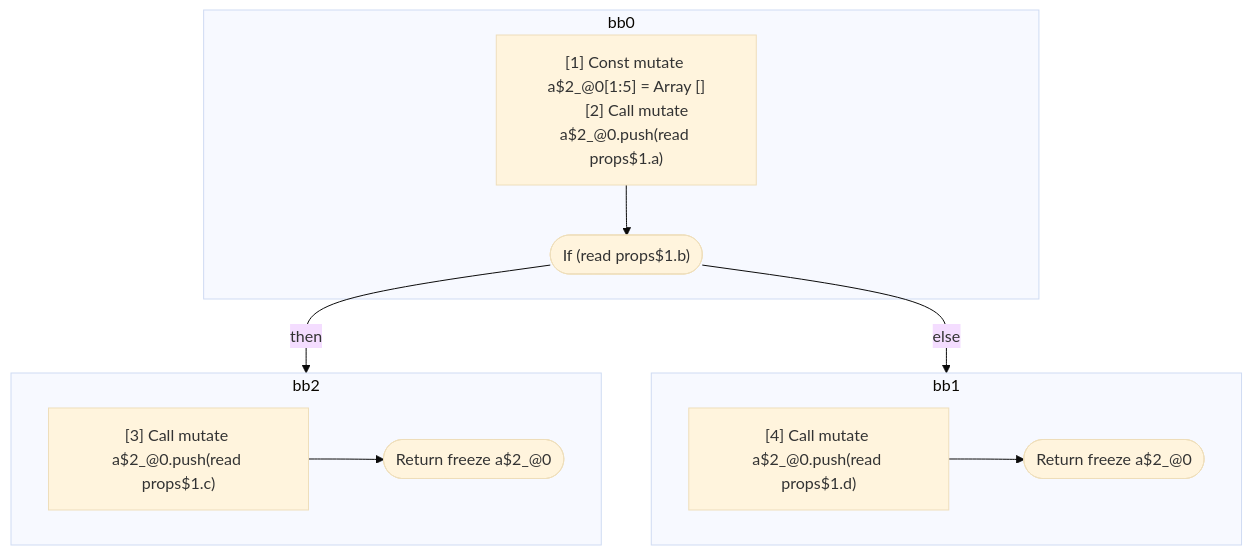
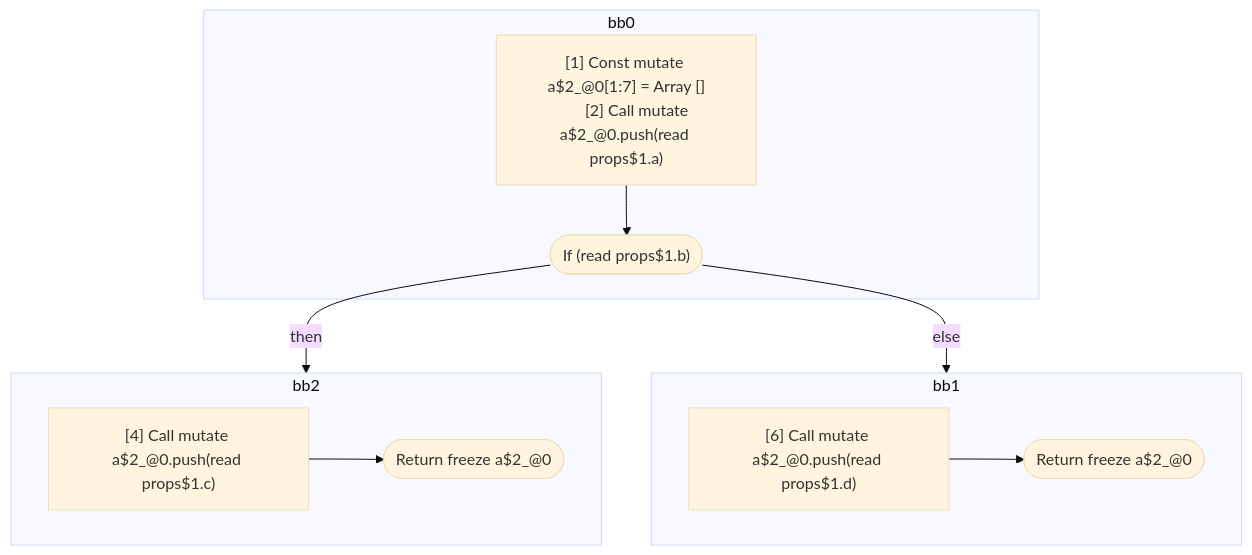
The fourth of 5 diagrams in compiler/forget/src/__tests__/fixtures/hir/conditional-break.expect.md (wutsmog/private), drawn with Mermaid (base theme) before and after one commit. The commit also changed other lines of this file and 61 other files, not shown here.

````diff
--- a/compiler/forget/src/__tests__/fixtures/hir/conditional-break.expect.md
+++ b/compiler/forget/src/__tests__/fixtures/hir/conditional-break.expect.md
@@ -289,28 +289,28 @@
 ```mermaid
 flowchart TB
   %% Basic Blocks
   subgraph bb0
     bb0_instrs["
-      [1] Const mutate a$2_@0[1:5] = Array []
+      [1] Const mutate a$2_@0[1:7] = Array []
       [2] Call mutate a$2_@0.push(read props$1.a)
     "]
     bb0_instrs --> bb0_terminal(["If (read props$1.b)"])
   end
   subgraph bb2
     bb2_instrs["
-      [3] Call mutate a$2_@0.push(read props$1.c)
+      [4] Call mutate a$2_@0.push(read props$1.c)
     "]
     bb2_instrs --> bb2_terminal(["Return freeze a$2_@0"])
   end
   subgraph bb1
     bb1_instrs["
-      [4] Call mutate a$2_@0.push(read props$1.d)
+      [6] Call mutate a$2_@0.push(read props$1.d)
     "]
     bb1_instrs --> bb1_terminal(["Return freeze a$2_@0"])
   end
 
   %% Jumps
   bb0_terminal -- "then" --> bb2
   bb0_terminal -- "else" --> bb1
 
 ```
````
